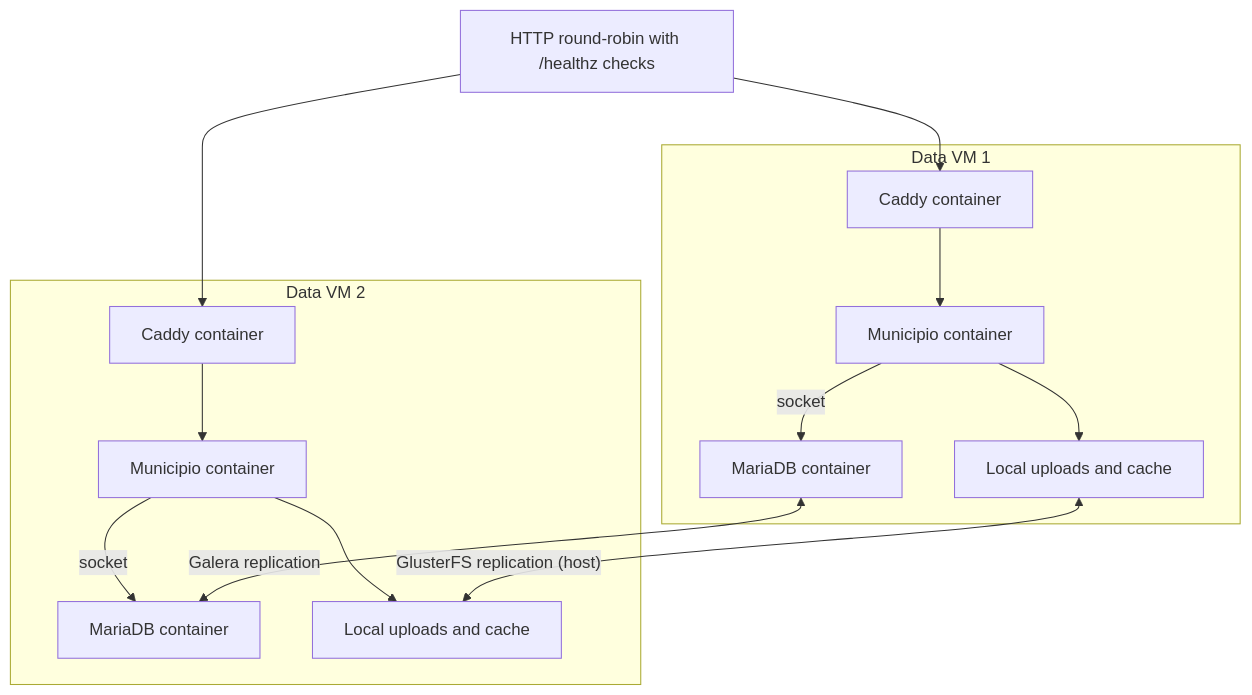
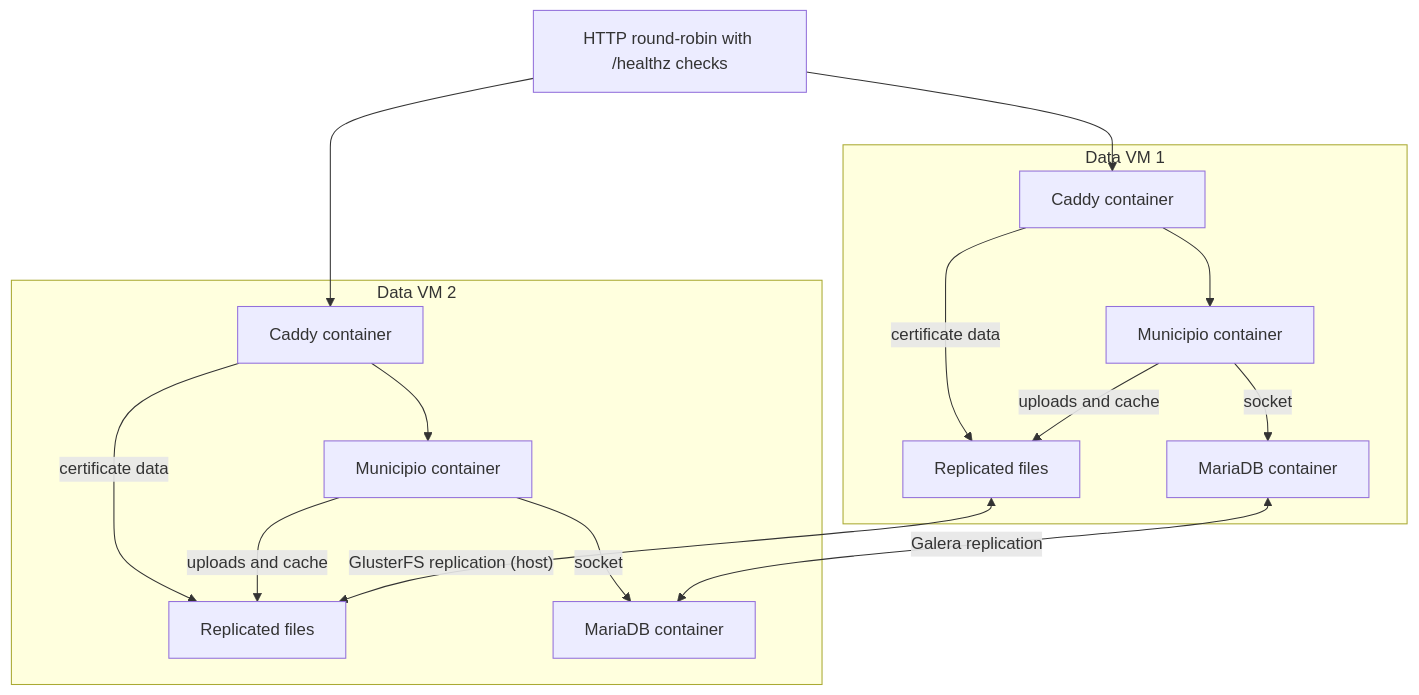
Before and after one commit to helsingborg-stad/env-municipio-docker-vm: the second of 2 diagrams in docs/architecture.md, drawn with Mermaid. The commit also changed other lines of this file and 26 other files, not shown here.

````diff
--- a/docs/architecture.md
+++ b/docs/architecture.md
@@ -24,21 +24,23 @@
 ```mermaid
 flowchart TB
     lb["HTTP round-robin with /healthz checks"]
 
     subgraph vm1["Data VM 1"]
         c1["Caddy container"] --> a1["Municipio container"]
+        c1 -->|certificate data| f1["Replicated files"]
+        a1 -->|uploads and cache| f1
         a1 -->|socket| d1["MariaDB container"]
-        a1 --> f1["Local uploads and cache"]
     end
 
     subgraph vm2["Data VM 2"]
         c2["Caddy container"] --> a2["Municipio container"]
+        c2 -->|certificate data| f2["Replicated files"]
+        a2 -->|uploads and cache| f2
         a2 -->|socket| d2["MariaDB container"]
-        a2 --> f2["Local uploads and cache"]
     end
 
     lb --> c1
     lb --> c2
     d1 <-->|Galera replication| d2
     f1 <-->|"GlusterFS replication (host)"| f2
 ```
````
